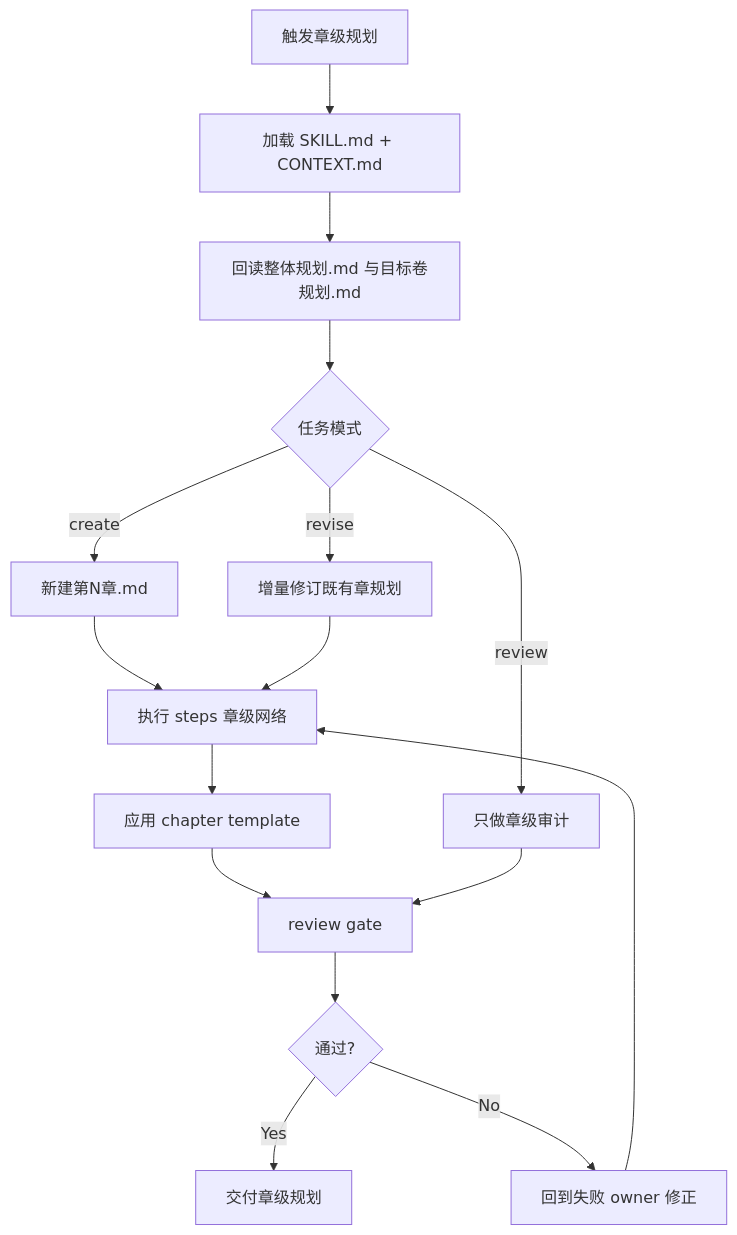
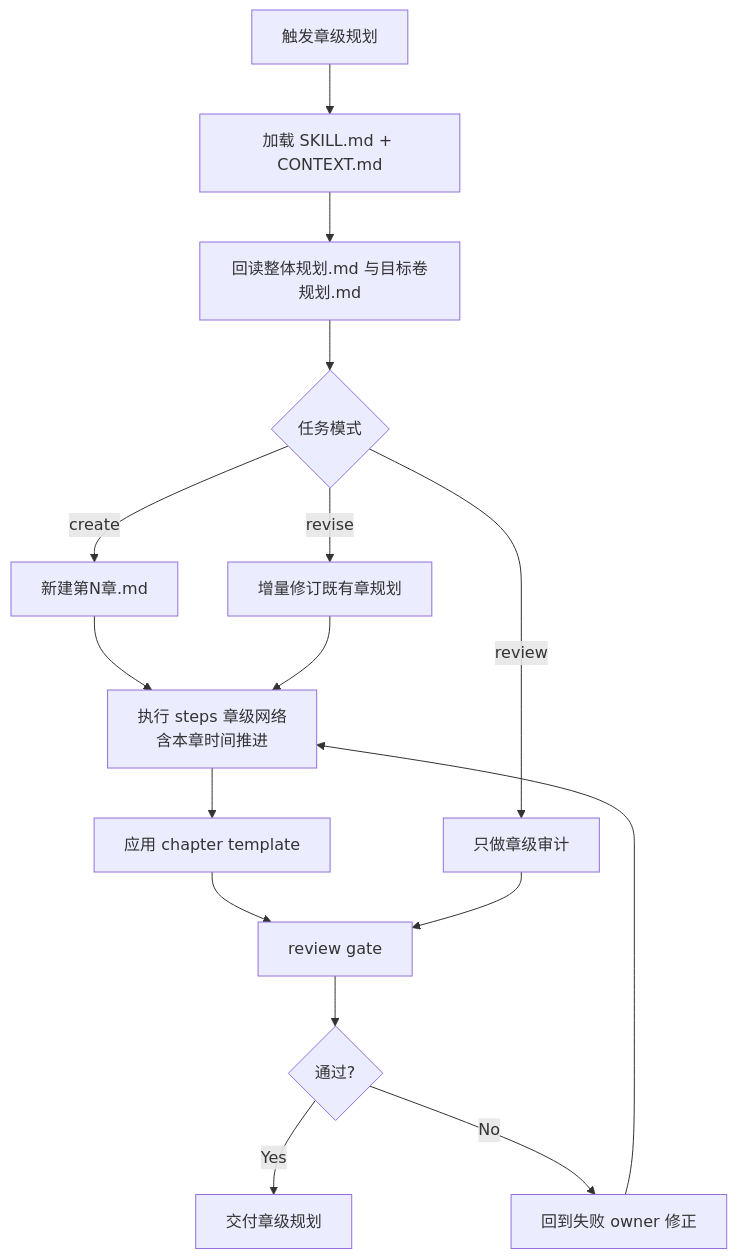
One commit to ZEN-VOID/AI-CUT changed the first of 2 diagrams in .agents/skills/story/2-卷章/3-章级/SKILL.md. Above: the diagram before and after it, drawn with Mermaid. The commit also changed other lines of this file and 45 other files, not shown here.

````diff
--- a/.agents/skills/story/2-卷章/3-章级/SKILL.md
+++ b/.agents/skills/story/2-卷章/3-章级/SKILL.md
@@ -50,18 +51,18 @@
 ```mermaid
 flowchart TD
     A["触发章级规划"] --> B["加载 SKILL.md + CONTEXT.md"]
     B --> C["回读整体规划.md 与目标卷规划.md"]
     C --> D{"任务模式"}
     D -->|"create"| E["新建第N章.md"]
     D -->|"revise"| F["增量修订既有章规划"]
     D -->|"review"| G["只做章级审计"]
-    E --> H["执行 steps 章级网络"]
+    E --> H["执行 steps 章级网络<br/>含本章时间推进"]
     F --> H
-    H --> I["应用 chapter template"]
-    I --> J["review gate"]
-    G --> J
-    J --> K{"通过?"}
-    K -->|"Yes"| L["交付章级规划"]
-    K -->|"No"| M["回到失败 owner 修正"]
-    M --> H
+    H --> J["应用 chapter template"]
+    J --> K["review gate"]
+    G --> K
+    K --> L{"通过?"}
+    L -->|"Yes"| M["交付章级规划"]
+    L -->|"No"| N["回到失败 owner 修正"]
+    N --> H
 ```
````
